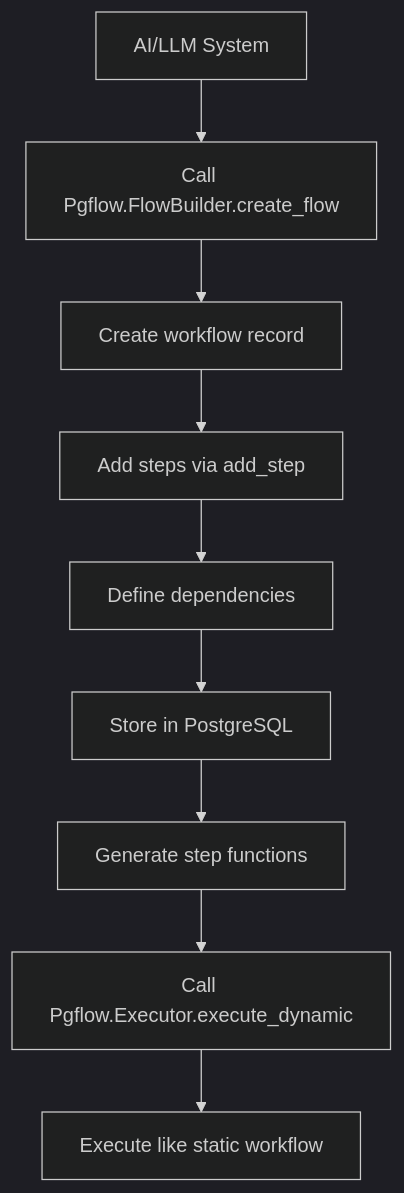
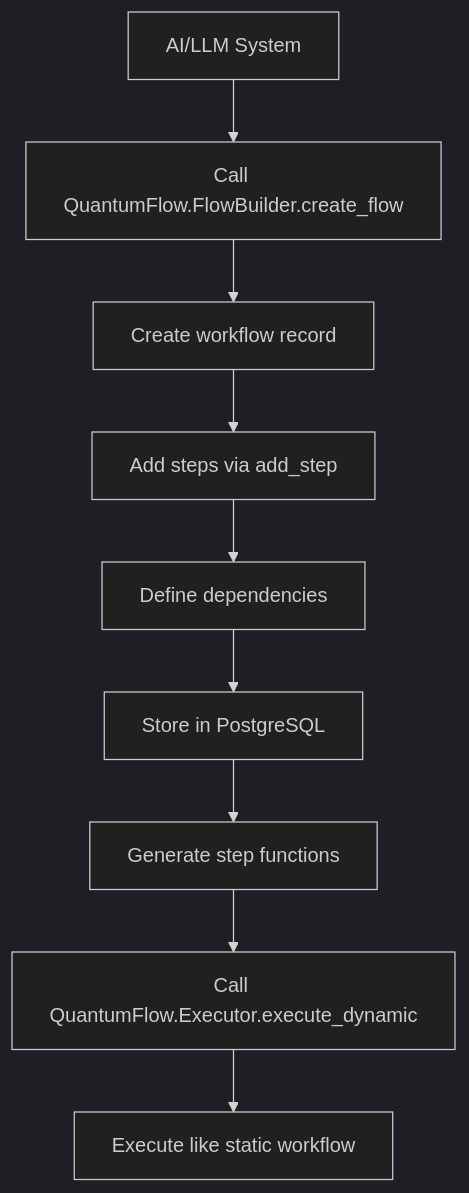
The fourth of 15 diagrams in docs/architecture_diagrams.md (Singularity-ng/singularity-workflows), drawn with Mermaid (dark theme) before and after one commit. The commit also changed other lines of this file and 410 other files, not shown here.

First line of the commit message:
Rename ex_pgflow package to ex_quantum_flow

````diff
--- a/docs/architecture_diagrams.md
+++ b/docs/architecture_diagrams.md
@@ -94,11 +94,11 @@
 ```mermaid
 flowchart TD
-    A[AI/LLM System] --> B[Call Pgflow.FlowBuilder.create_flow]
+    A[AI/LLM System] --> B[Call QuantumFlow.FlowBuilder.create_flow]
     B --> C[Create workflow record]
     C --> D[Add steps via add_step]
     D --> E[Define dependencies]
     E --> F[Store in PostgreSQL]
     F --> G[Generate step functions]
-    G --> H[Call Pgflow.Executor.execute_dynamic]
+    G --> H[Call QuantumFlow.Executor.execute_dynamic]
     H --> I[Execute like static workflow]
 ```
````
